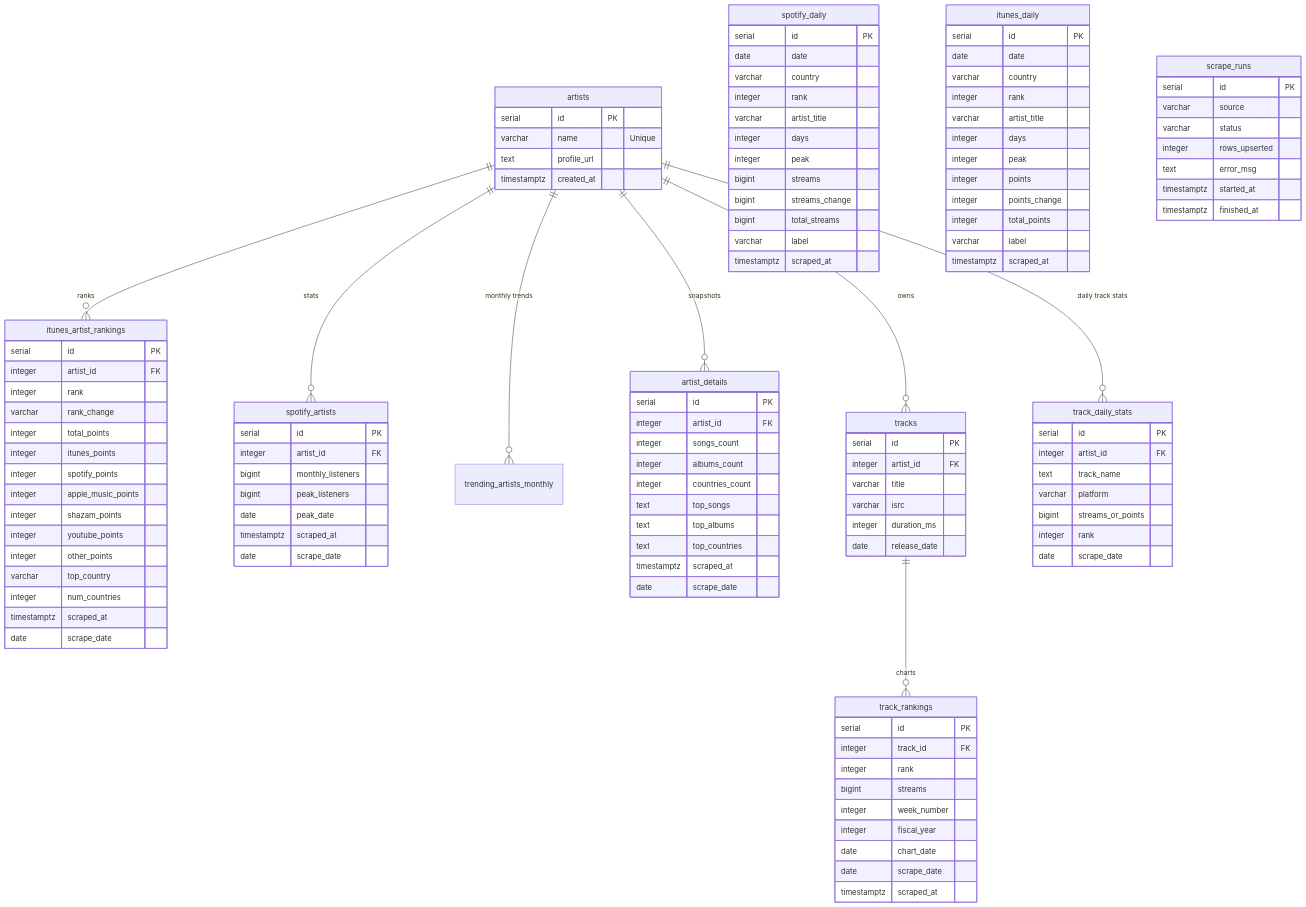
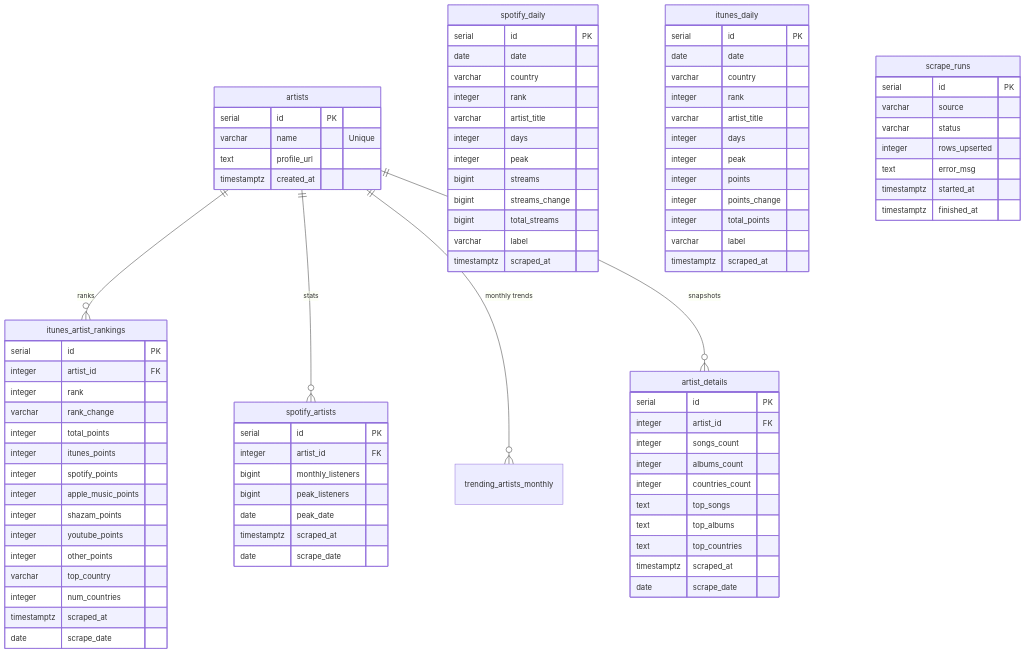
Before and after one commit to rajyadav1814/artist_360_intelligence: the diagram in README.md, drawn with Mermaid. The commit also changed other lines of this file and 7 other files, not shown here.

```diff
--- a/README.md
+++ b/README.md
@@ -28,47 +27,12 @@
     artists ||--o{ spotify_artists : "stats"
     artists ||--o{ trending_artists_monthly : "monthly trends"
     artists ||--o{ artist_details : "snapshots"
-    artists ||--o{ tracks : "owns"
-    artists ||--o{ track_daily_stats : "daily track stats"
-    
-    tracks ||--o{ track_rankings : "charts"
 
     artists {
         serial id PK
         varchar name "Unique"
         text profile_url
         timestamptz created_at
-    }
-
-    tracks {
-        serial id PK
-        integer artist_id FK
-        varchar title
-        varchar isrc
-        integer duration_ms
-        date release_date
-    }
-
-    track_daily_stats {
-        serial id PK
-        integer artist_id FK
-        text track_name
-        varchar platform
-        bigint streams_or_points
-        integer rank
-        date scrape_date
-    }
-
-    track_rankings {
-        serial id PK
-        integer track_id FK
-        integer rank
-        bigint streams
-        integer week_number
-        integer fiscal_year
-        date chart_date
-        date scrape_date
-        timestamptz scraped_at
     }
 
     itunes_artist_rankings {
```
